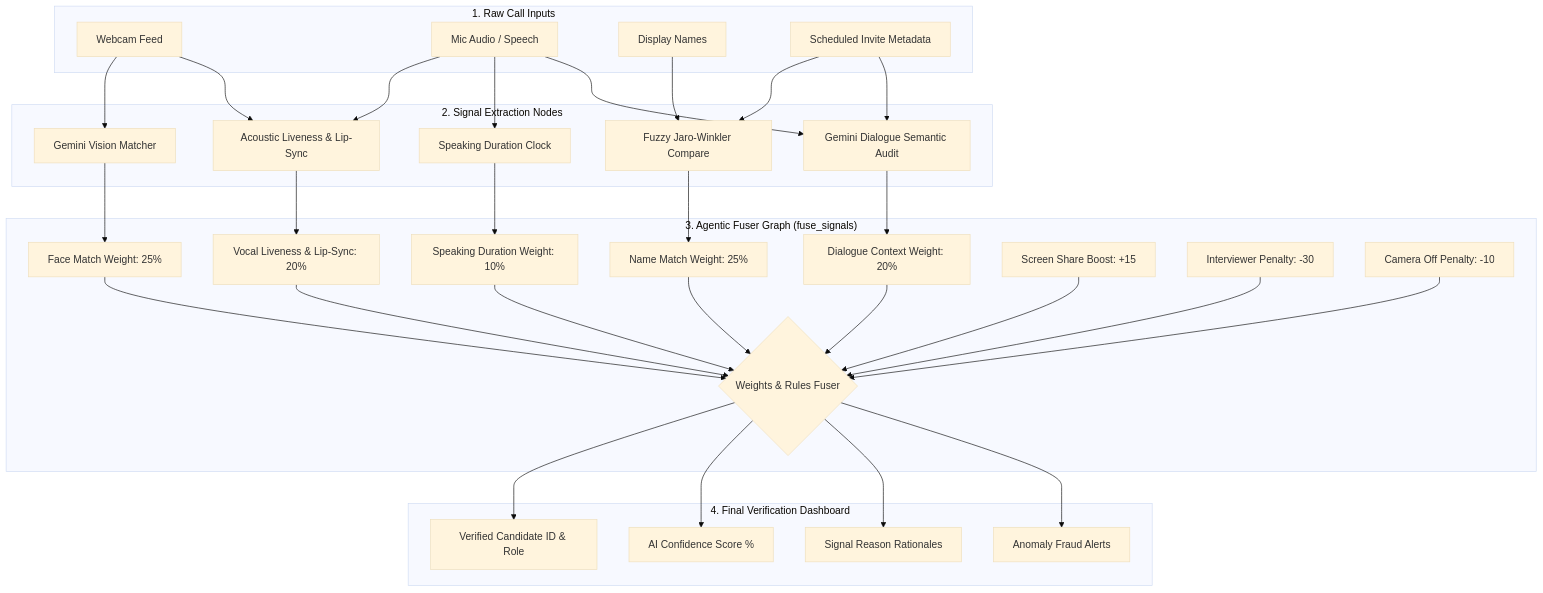
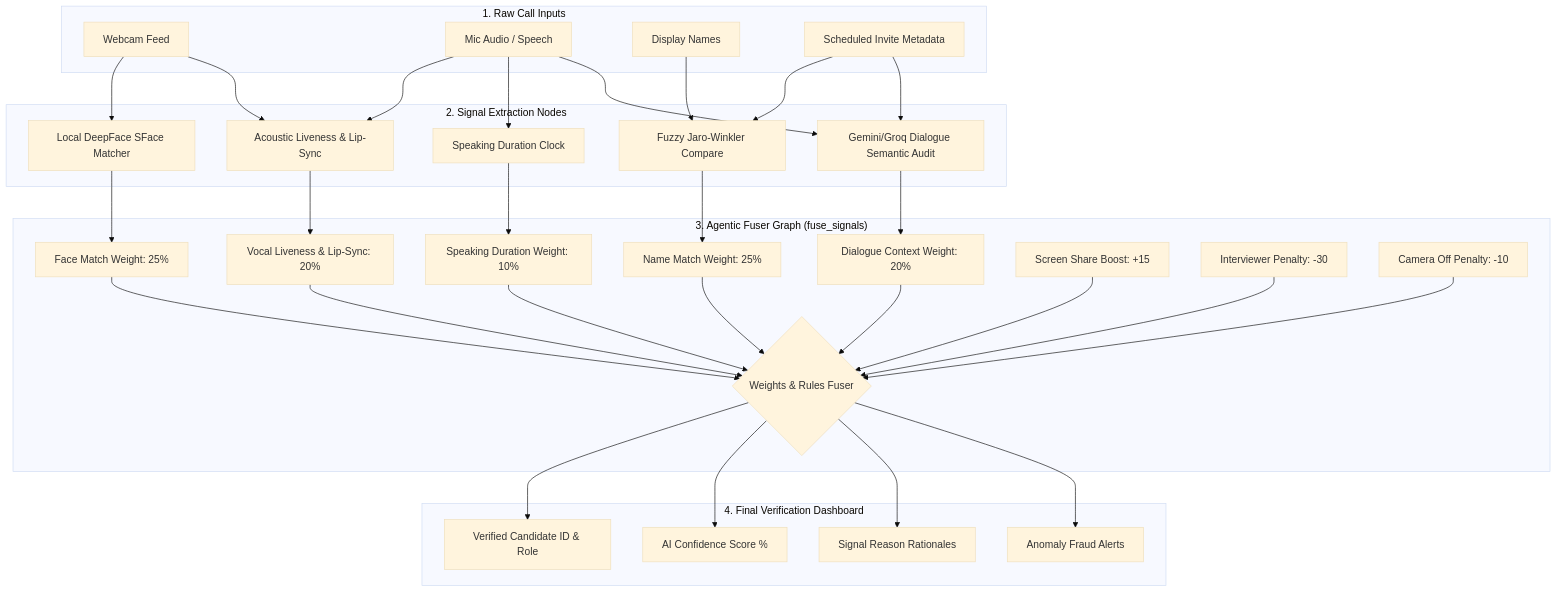
One commit to onkar-2006/Sherlock_internship_challenge_codebase changed the diagram in README.md. Above: the diagram before and after it, drawn with Mermaid (base theme). The commit also changed other lines of this file and 4 other files, not shown here.

````diff
--- a/README.md
+++ b/README.md
@@ -11,60 +11,60 @@
 ```mermaid
 graph TD
     %% Input Layer
     subgraph Inputs ["1. Raw Call Inputs"]
         A["Webcam Feed"]
         B["Mic Audio / Speech"]
         C["Display Names"]
         D["Scheduled Invite Metadata"]
     end
 
     %% Signal Processing Nodes
     subgraph Processing ["2. Signal Extraction Nodes"]
-        E["Gemini Vision Matcher"]
+        E["Local DeepFace SFace Matcher"]
         F["Acoustic Liveness & Lip-Sync"]
         G["Fuzzy Jaro-Winkler Compare"]
         H["Speaking Duration Clock"]
-        I["Gemini Dialogue Semantic Audit"]
+        I["Gemini/Groq Dialogue Semantic Audit"]
     end
 
     %% Mapping inputs to processing
     A --> E
     A & B --> F
     C & D --> G
     B --> H
     B & D --> I
 
     %% Fuser Node with Weights
     subgraph Fusion ["3. Agentic Fuser Graph (fuse_signals)"]
         Fuser{"Weights & Rules Fuser"}
         W1["Face Match Weight: 25%"]
         W2["Vocal Liveness & Lip-Sync: 20%"]
         W3["Name Match Weight: 25%"]
         W4["Dialogue Context Weight: 20%"]
         W5["Speaking Duration Weight: 10%"]
         
         %% Offsets
         W6["Screen Share Boost: +15"]
         W7["Interviewer Penalty: -30"]
         W8["Camera Off Penalty: -10"]
     end
 
     %% Mapping processing to weights
     E --> W1
     F --> W2
     G --> W3
     I --> W4
     H --> W5
 
     W1 & W2 & W3 & W4 & W5 & W6 & W7 & W8 --> Fuser
 
     %% Output layer
     subgraph Outputs ["4. Final Verification Dashboard"]
         Out1["Verified Candidate ID & Role"]
         Out2["AI Confidence Score %"]
         Out3["Signal Reason Rationales"]
         Out4["Anomaly Fraud Alerts"]
     end
 
     Fuser --> Out1 & Out2 & Out3 & Out4
 ```
````
